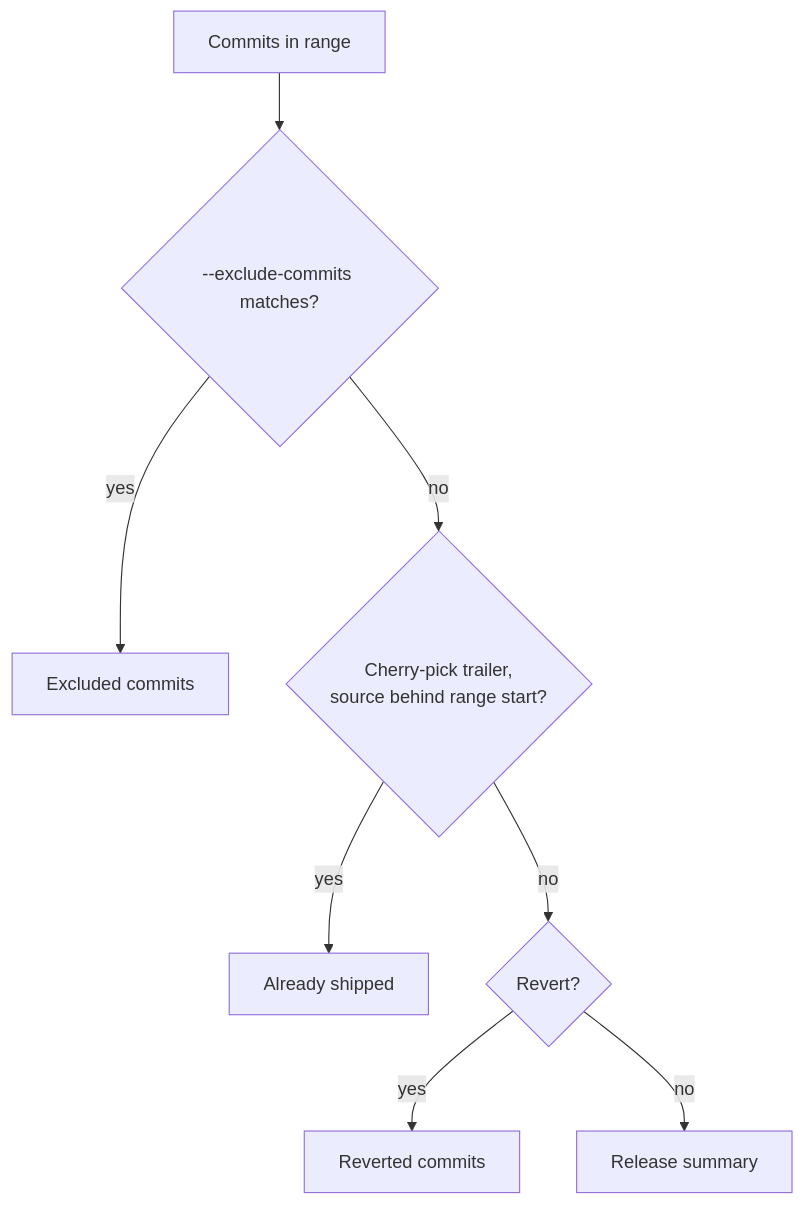
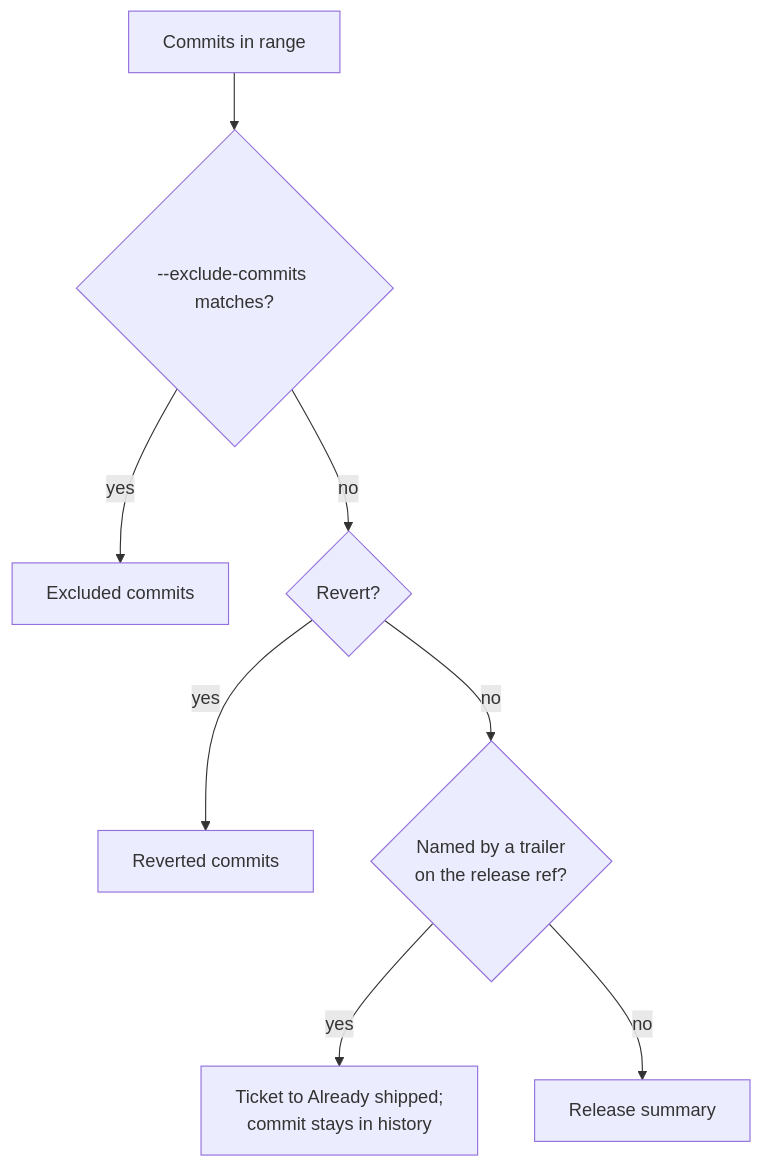
One commit to alexander-danilenko/shipnotes changed the first of 2 diagrams in docs/plans/2026-08-13-001-feat-skip-already-shipped-cherry-picks-plan.md. Above: the diagram before and after it, drawn with Mermaid. The commit also changed other lines of this file and 3 other files, not shown here.

First line of the commit message:
docs: correct the already-shipped gate to the release-branch direction

````diff
--- a/docs/plans/2026-08-13-001-feat-skip-already-shipped-cherry-picks-plan.md
+++ b/docs/plans/2026-08-13-001-feat-skip-already-shipped-cherry-picks-plan.md
@@ -65,10 +67,10 @@
 ```mermaid
 flowchart TB
   A[Commits in range] --> B{--exclude-commits matches?}
   B -->|yes| C[Excluded commits]
-  B -->|no| D{Cherry-pick trailer,<br/>source behind range start?}
-  D -->|yes| E[Already shipped]
-  D -->|no| F{Revert?}
+  B -->|no| F{Revert?}
   F -->|yes| G[Reverted commits]
-  F -->|no| H[Release summary]
+  F -->|no| D{Named by a trailer<br/>on the release ref?}
+  D -->|yes| E[Ticket to Already shipped;<br/>commit stays in history]
+  D -->|no| H[Release summary]
 ```
````
